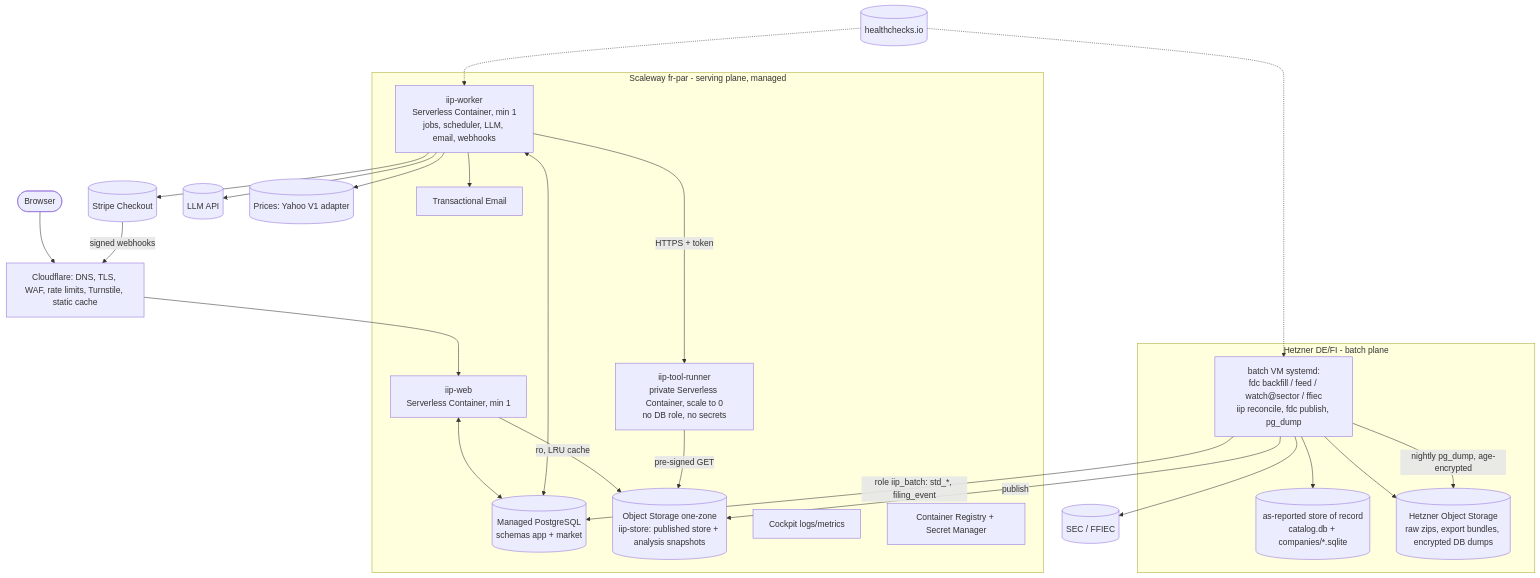
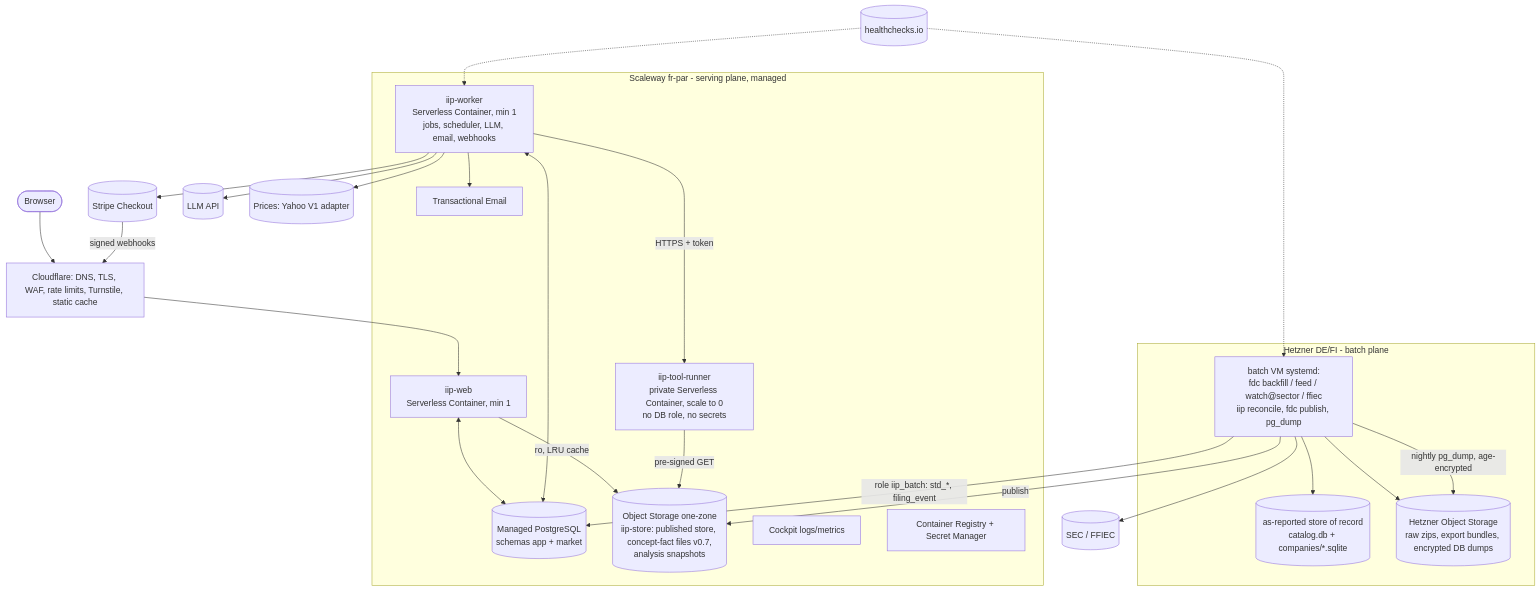
One commit to dsastriques/intelligent_investor_social changed the diagram in docs/architecture/03-deployment.md. Above: the diagram before and after it, drawn with Mermaid. The commit also changed other lines of this file and 18 other files, not shown here.

First line of the commit message:
docs(architecture): system design v0.7 - scripts (BR-20..25, FR-31..34)

````diff
--- a/docs/architecture/03-deployment.md
+++ b/docs/architecture/03-deployment.md
@@ -11,38 +11,38 @@
 ```mermaid
 flowchart TB
   user([Browser]) --> cf[Cloudflare: DNS, TLS, WAF, rate limits, Turnstile, static cache]
   subgraph SCW[Scaleway fr-par - serving plane, managed]
     web[iip-web<br/>Serverless Container, min 1]
     worker[iip-worker<br/>Serverless Container, min 1<br/>jobs, scheduler, LLM, email, webhooks]
     runner[iip-tool-runner<br/>private Serverless Container, scale to 0<br/>no DB role, no secrets]
     pg[(Managed PostgreSQL<br/>schemas app + market)]
-    os1[(Object Storage one-zone<br/>iip-store: published store + analysis snapshots)]
+    os1[(Object Storage one-zone<br/>iip-store: published store, concept-fact files v0.7,<br/>analysis snapshots)]
     tem[Transactional Email]
     cockpit[Cockpit logs/metrics]
     reg[Container Registry + Secret Manager]
   end
   subgraph HZ[Hetzner DE/FI - batch plane]
     box[batch VM systemd:<br/>fdc backfill / feed / watch@sector / ffiec<br/>iip reconcile, fdc publish, pg_dump]
     store[(as-reported store of record<br/>catalog.db + companies/*.sqlite)]
     os2[(Hetzner Object Storage<br/>raw zips, export bundles, encrypted DB dumps)]
   end
   cf --> web
   web <--> pg
   web -->|ro, LRU cache| os1
   worker <--> pg
   worker -->|HTTPS + token| runner
   runner -->|pre-signed GET| os1
   worker --> tem
   worker --> llm[(LLM API)]
   worker --> pv[(Prices: Yahoo V1 adapter)]
   worker --> pay[(Stripe Checkout)]
   pay -->|signed webhooks| cf
   box --> store
   box -->|publish| os1
   box -->|role iip_batch: std_*, filing_event| pg
   box --> os2
   box -->|nightly pg_dump, age-encrypted| os2
   box --> sec[(SEC / FFIEC)]
   hc[(healthchecks.io)] -.-> box
   hc -.-> worker
 ```
````
